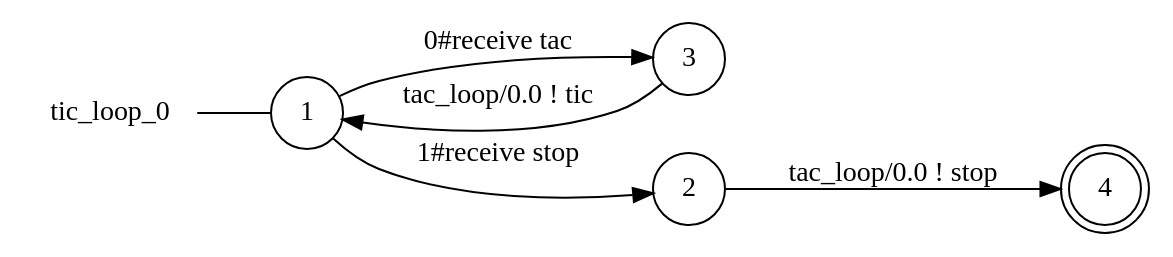
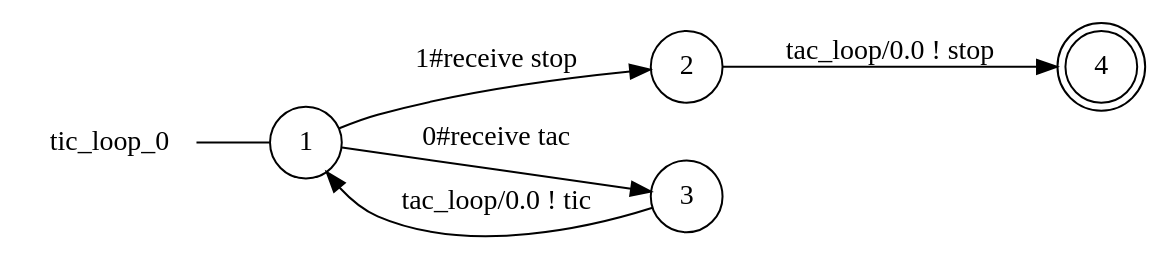
Before and after one commit to gabrielegenovese/chorer: the diagram in examples/ticktackstop/tic_loop_0_local_view.dot, drawn with Graphviz. The commit also changed 95 other files, not shown here.

Commit message:
tiny refactor db and settings module created minimize done only on graph saving globalview  now supports epsilon transitions

```diff
--- a/examples/ticktackstop/tic_loop_0_local_view.dot
+++ b/examples/ticktackstop/tic_loop_0_local_view.dot
@@ -1,14 +1,14 @@
 digraph tic_loop_0 {
 	rankdir="LR";
 	n_0 [label="tic_loop_0", shape="plaintext"];
 	n_1 [id="1", shape=circle, label="1"];
 	n_0 -> n_1 [arrowhead=none];
-	n_2 [id="2", shape=circle, label="3"];
-	n_3 [id="4", shape=doublecircle, label="4"];
-	n_4 [id="3", shape=circle, label="2"];
+	n_2 [id="4", shape=doublecircle, label="4"];
+	n_3 [id="3", shape=circle, label="2"];
+	n_4 [id="2", shape=circle, label="3"];
 
-	n_1 -> n_4 [id="[$e|2]", label="1#receive stop"];
-	n_2 -> n_1 [id="[$e|6]", label="tac_loop/0.0 ! tic"];
-	n_1 -> n_2 [id="[$e|0]", label="0#receive tac"];
-	n_4 -> n_3 [id="[$e|5]", label="tac_loop/0.0 ! stop"];
+	n_3 -> n_2 [id="[$e|5]", label="tac_loop/0.0 ! stop"];
+	n_4 -> n_1 [id="[$e|6]", label="tac_loop/0.0 ! tic"];
+	n_1 -> n_4 [id="[$e|0]", label="0#receive tac"];
+	n_1 -> n_3 [id="[$e|2]", label="1#receive stop"];
 }
```
